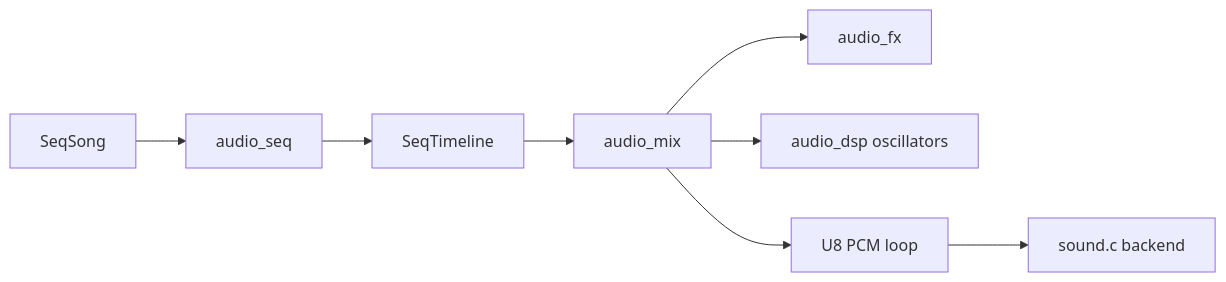
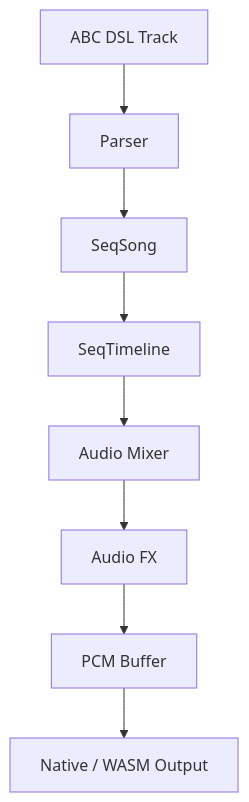
Before and after one commit to chussenot/memdeck: the diagram in docs/audio-architecture.md, drawn with Mermaid. The commit also changed other lines of this file and 13 other files, not shown here.

First line of the commit message:
Connect ABC DSL to SeqSong renderer and add showcase render/test/docs updates

````diff
--- a/docs/audio-architecture.md
+++ b/docs/audio-architecture.md
@@ -18,10 +12,10 @@
 ```mermaid
-flowchart LR
-    Song[SeqSong] --> Sequencer[audio_seq]
-    Sequencer --> Timeline[SeqTimeline]
-    Timeline --> Mixer[audio_mix]
-    Mixer --> FX[audio_fx]
-    Mixer --> DSP[audio_dsp oscillators]
-    Mixer --> PCM[U8 PCM loop]
-    PCM --> Backend[sound.c backend]
+flowchart TD
+  ABC[ABC DSL Track] --> Parser
+  Parser --> Song[SeqSong]
+  Song --> Timeline[SeqTimeline]
+  Timeline --> Mixer[Audio Mixer]
+  Mixer --> FX[Audio FX]
+  FX --> PCM[PCM Buffer]
+  PCM --> Backend[Native / WASM Output]
 ```
````
